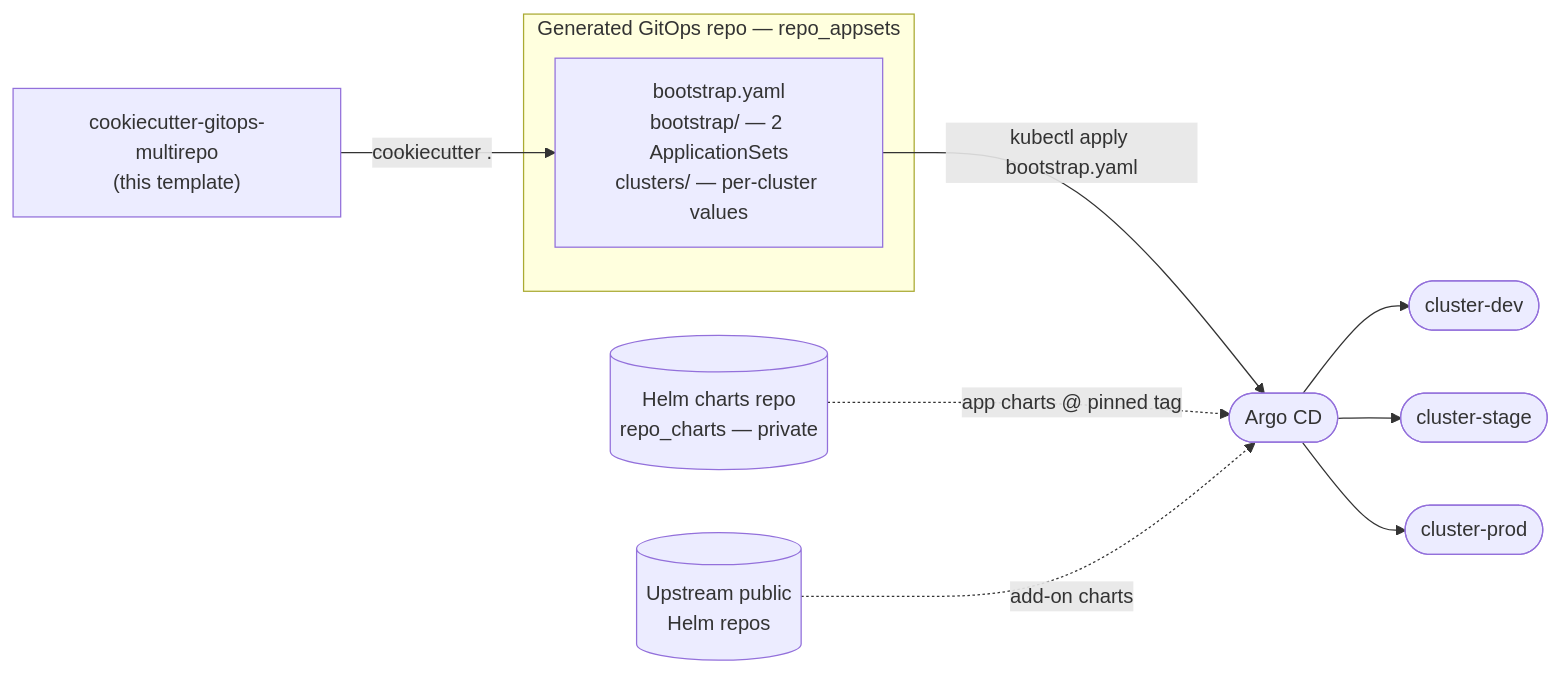
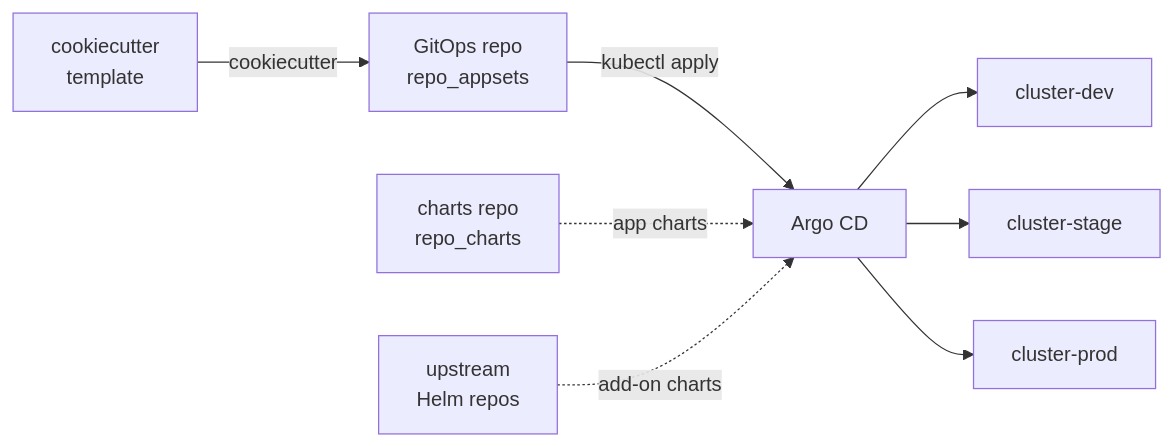
The diagram in README.md (kriipke/coookiecutter-gitops-configs), drawn with Mermaid before and after one commit. The commit also changed other lines of this file and 11 other files, not shown here.

````diff
--- a/README.md
+++ b/README.md
@@ -11,23 +11,19 @@
 ```mermaid
 flowchart LR
-  cc["cookiecutter-gitops-multirepo<br/>(this template)"]
+  cc["cookiecutter<br/>template"]
+  appsets["GitOps repo<br/>repo_appsets"]
+  charts["charts repo<br/>repo_charts"]
+  upstream["upstream<br/>Helm repos"]
+  argo["Argo CD"]
+  dev["cluster-dev"]
+  stage["cluster-stage"]
+  prod["cluster-prod"]
 
-  subgraph gen["Generated GitOps repo — repo_appsets"]
-    appsets["bootstrap.yaml<br/>bootstrap/ — 2 ApplicationSets<br/>clusters/ — per-cluster values"]
-  end
-
-  charts[("Helm charts repo<br/>repo_charts — private")]
-  upstream[("Upstream public<br/>Helm repos")]
-  argo(["Argo CD"])
-  dev(["cluster-dev"])
-  stage(["cluster-stage"])
-  prod(["cluster-prod"])
-
-  cc -->|"cookiecutter ."| appsets
-  appsets -->|"kubectl apply bootstrap.yaml"| argo
-  charts -.->|"app charts @ pinned tag"| argo
+  cc -->|"cookiecutter"| appsets
+  appsets -->|"kubectl apply"| argo
+  charts -.->|"app charts"| argo
   upstream -.->|"add-on charts"| argo
   argo --> dev
   argo --> stage
   argo --> prod
 ```
````
